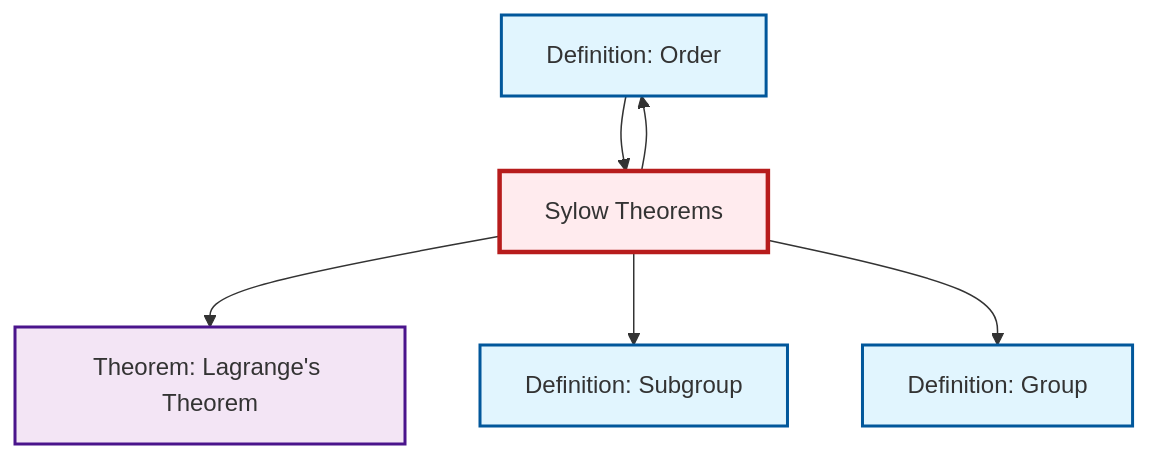
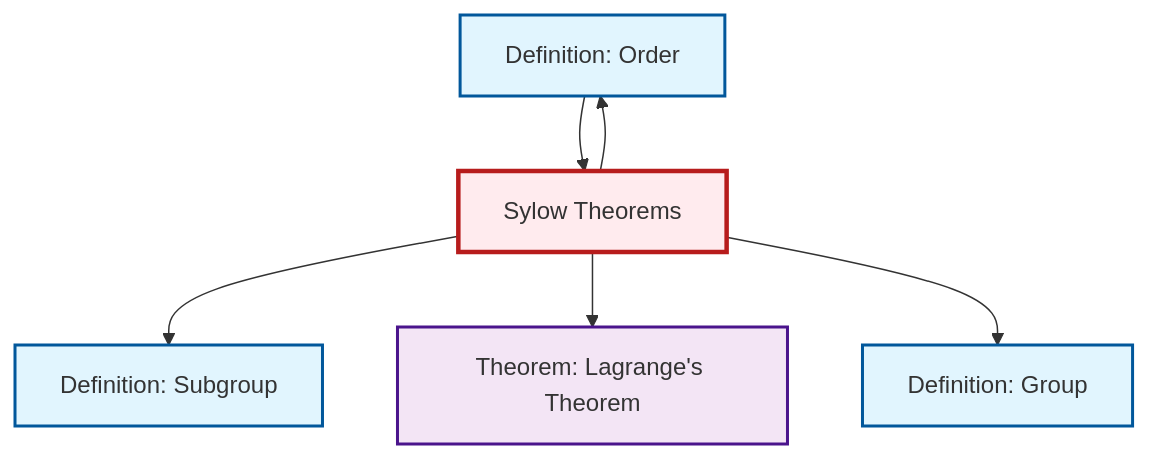
One commit to RK0429/ModernMath changed the diagram in content/en/algebra/thm-sylow.qmd. Above: the diagram before and after it, drawn with Mermaid. The commit also changed other lines of this file and 672 other files, not shown here.

````diff
--- a/content/en/algebra/thm-sylow.qmd
+++ b/content/en/algebra/thm-sylow.qmd
@@ -85,24 +85,24 @@
 ```{mermaid}
 %%| fig-cap: "Local dependency graph"
 graph TD
     classDef definition fill:#e1f5fe,stroke:#01579b,stroke-width:2px
     classDef theorem fill:#f3e5f5,stroke:#4a148c,stroke-width:2px
     classDef axiom fill:#fff3e0,stroke:#e65100,stroke-width:2px
     classDef example fill:#e8f5e9,stroke:#1b5e20,stroke-width:2px
     classDef current fill:#ffebee,stroke:#b71c1c,stroke-width:3px
     def-subgroup["Definition: Subgroup"]:::definition
     def-order["Definition: Order"]:::definition
+    def-group["Definition: Group"]:::definition
     thm-lagrange["Theorem: Lagrange's Theorem"]:::theorem
     thm-sylow["Sylow Theorems"]:::theorem
-    def-group["Definition: Group"]:::definition
-    thm-sylow --> def-order
+    thm-sylow --> def-subgroup
     thm-sylow --> thm-lagrange
-    thm-sylow --> def-subgroup
     thm-sylow --> def-group
     def-order --> thm-sylow
+    thm-sylow --> def-order
     class thm-sylow current
     click def-subgroup "def-subgroup.html" "Go to Subgroup definition"
     click def-order "def-order.html" "Go to Order definition"
+    click def-group "def-group.html" "Go to Group definition"
     click thm-lagrange "thm-lagrange.html" "Go to Lagrange's Theorem theorem"
-    click def-group "def-group.html" "Go to Group definition"
 ```
````
